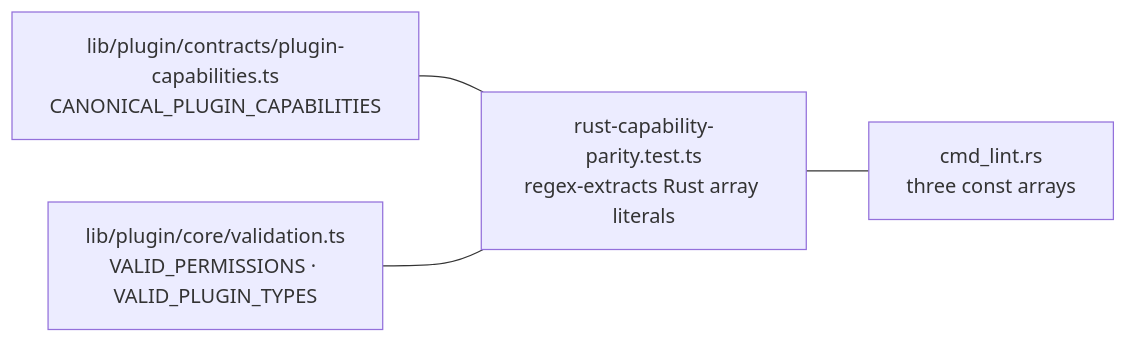
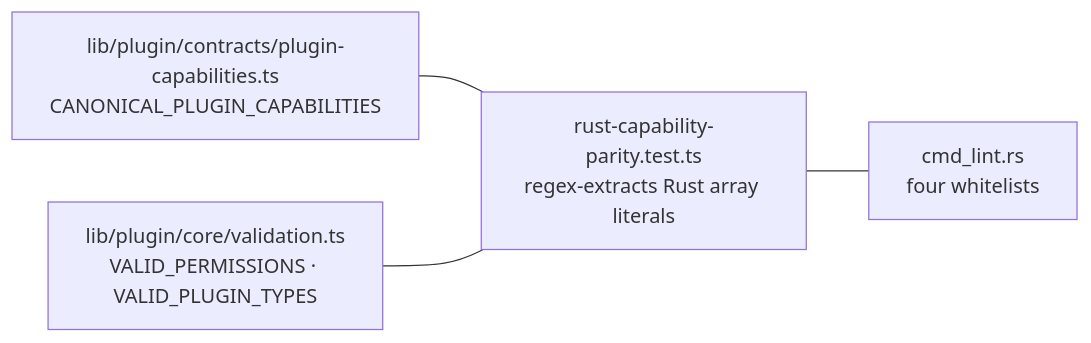
The diagram in docs/content/docs/en/subsystems/cognia-cli/lint.mdx (MaxQian888/cognia-next), drawn with Mermaid before and after one commit. The commit also changed other lines of this file and 1 other file, not shown here.

First line of the commit message:
docs(cli): correct lint.mdx whitelist counts and parity claims

````diff
--- a/docs/content/docs/en/subsystems/cognia-cli/lint.mdx
+++ b/docs/content/docs/en/subsystems/cognia-cli/lint.mdx
@@ -139,6 +143,6 @@
 ```mermaid
 flowchart LR
   TS1[lib/plugin/contracts/plugin-capabilities.ts<br/>CANONICAL_PLUGIN_CAPABILITIES] --- T
   TS2[lib/plugin/core/validation.ts<br/>VALID_PERMISSIONS · VALID_PLUGIN_TYPES] --- T
-  T[rust-capability-parity.test.ts<br/>regex-extracts Rust array literals] --- RS[cmd_lint.rs<br/>three const arrays]
+  T[rust-capability-parity.test.ts<br/>regex-extracts Rust array literals] --- RS[cmd_lint.rs<br/>four whitelists]
 ```
````
